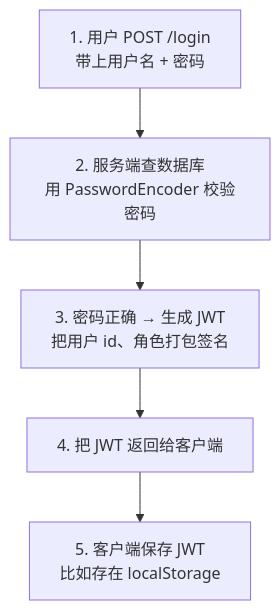
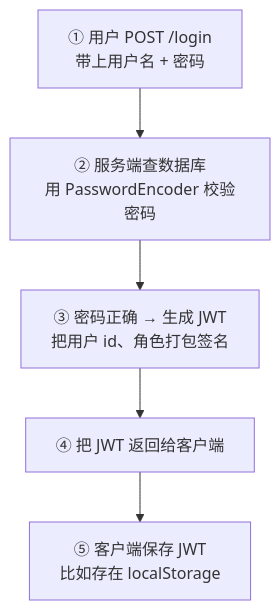
One commit to rebibabo/rebibabo.github.io changed the fifth of 6 diagrams in source/_posts/Java-advanced/04-jwt.md. Above: the diagram before and after it, drawn with Mermaid. The commit also changed other lines of this file and 1 other file, not shown here.

Commit message:
vault backup: 2026-07-07 18:36:25

````diff
--- a/source/_posts/Java-advanced/04-jwt.md
+++ b/source/_posts/Java-advanced/04-jwt.md
@@ -176,7 +176,7 @@
 ```mermaid
 graph TB
-    S1["1. 用户 POST /login<br/>带上用户名 + 密码"] --> S2["2. 服务端查数据库<br/>用 PasswordEncoder 校验密码"]
-    S2 --> S3["3. 密码正确 → 生成 JWT<br/>把用户 id、角色打包签名"]
-    S3 --> S4["4. 把 JWT 返回给客户端"]
-    S4 --> S5["5. 客户端保存 JWT<br/>比如存在 localStorage"]
+    S1["① 用户 POST /login<br/>带上用户名 + 密码"] --> S2["② 服务端查数据库<br/>用 PasswordEncoder 校验密码"]
+    S2 --> S3["③ 密码正确 → 生成 JWT<br/>把用户 id、角色打包签名"]
+    S3 --> S4["④ 把 JWT 返回给客户端"]
+    S4 --> S5["⑤ 客户端保存 JWT<br/>比如存在 localStorage"]
 ```
````
